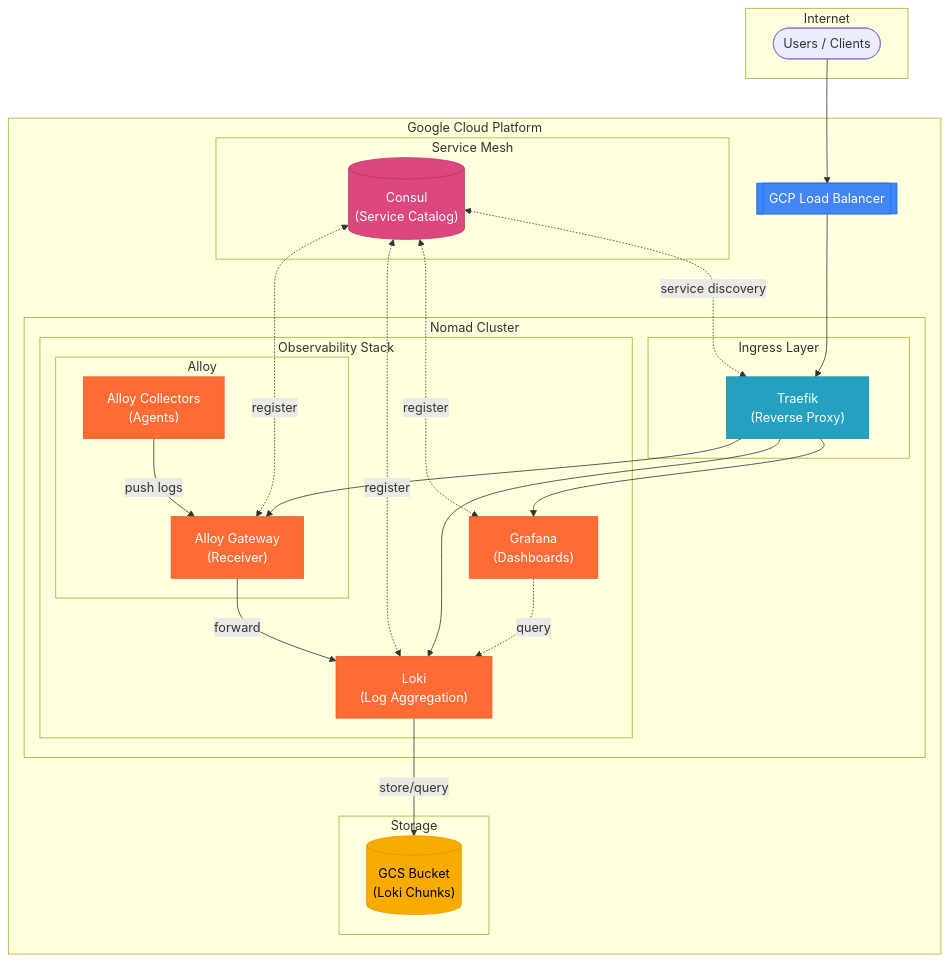
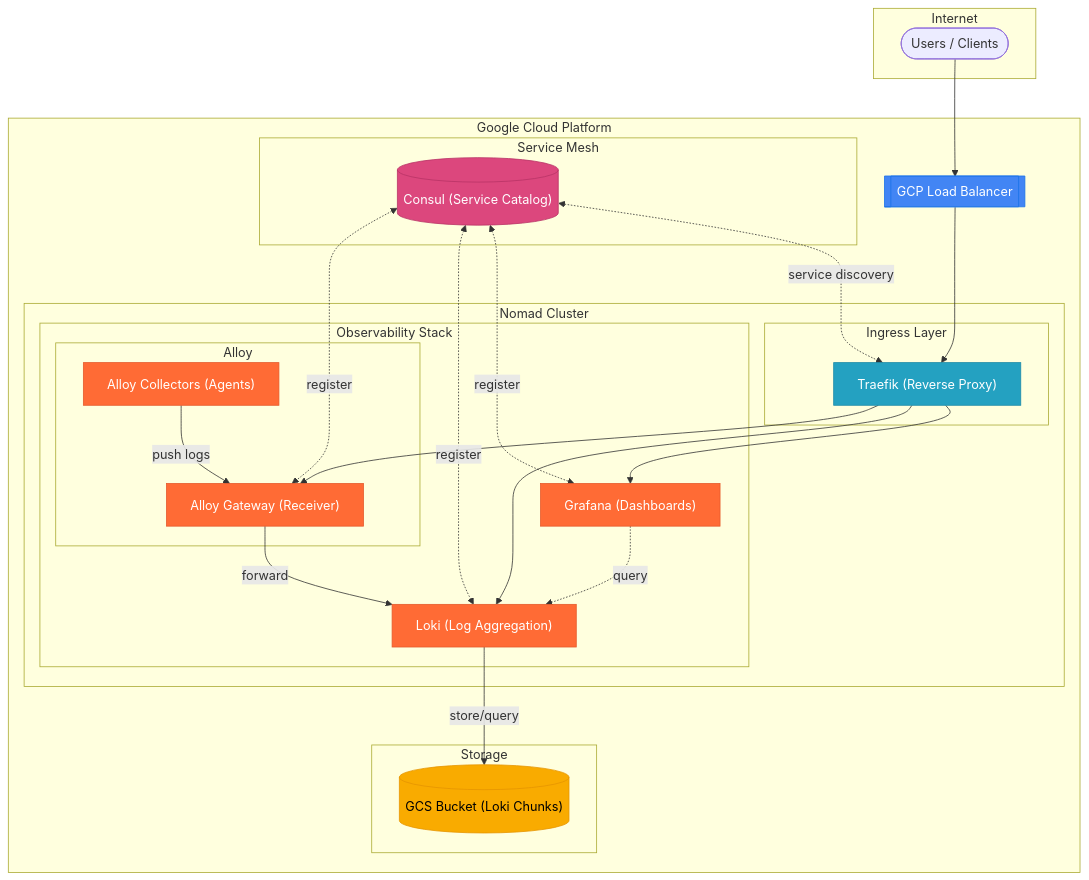
The diagram in observability.md (ChrisAdkin8/terraform-gcp-nomad), drawn with Mermaid before and after one commit.

Commit message:
Update observability.md for improved formatting

````diff
--- a/observability.md
+++ b/observability.md
@@ -5,73 +5,73 @@
 ```mermaid
 flowchart TB
     subgraph Internet
         users([Users / Clients])
     end
 
     subgraph GCP["Google Cloud Platform"]
         lb[["GCP Load Balancer"]]
         
         subgraph nomad["Nomad Cluster"]
             subgraph ingress["Ingress Layer"]
-                traefik["Traefik\n(Reverse Proxy)"]
+                traefik["Traefik (Reverse Proxy)"]
             end
             
             subgraph observability["Observability Stack"]
-                grafana["Grafana\n(Dashboards)"]
-                loki["Loki\n(Log Aggregation)"]
+                grafana["Grafana (Dashboards)"]
+                loki["Loki (Log Aggregation)"]
                 
                 subgraph alloy_stack["Alloy"]
-                    alloy_gw["Alloy Gateway\n(Receiver)"]
-                    alloy_collectors["Alloy Collectors\n(Agents)"]
+                    alloy_gw["Alloy Gateway (Receiver)"]
+                    alloy_collectors["Alloy Collectors (Agents)"]
                 end
             end
         end
         
         subgraph consul_cluster["Service Mesh"]
-            consul[("Consul\n(Service Catalog)")]
+            consul[("Consul (Service Catalog)")]
         end
         
         subgraph storage["Storage"]
-            gcs[("GCS Bucket\n(Loki Chunks)")]
+            gcs[("GCS Bucket (Loki Chunks)")]
         end
     end
 
     %% Traffic flow
     users --> lb
     lb --> traefik
     
     %% Traefik routing to services
     traefik --> grafana
     traefik --> loki
     traefik --> alloy_gw
     
     %% Consul service discovery
     consul <-.->|service discovery| traefik
     consul <-.->|register| grafana
     consul <-.->|register| loki
     consul <-.->|register| alloy_gw
     
     %% Alloy data flow
     alloy_collectors -->|push logs| alloy_gw
     alloy_gw -->|forward| loki
     
     %% Loki storage
     loki -->|store/query| gcs
     
     %% Grafana queries
     grafana -.->|query| loki
 
     %% Styling
     classDef gcp fill:#4285f4,stroke:#1a73e8,color:#fff
     classDef nomad fill:#00ca8e,stroke:#00a876,color:#fff
     classDef consul fill:#dc477d,stroke:#b93366,color:#fff
     classDef storage fill:#f9ab00,stroke:#e69500,color:#000
     classDef traefik fill:#24a1c1,stroke:#1d8aa8,color:#fff
     classDef observability fill:#ff6b35,stroke:#e55a2b,color:#fff
     
     class lb gcp
     class traefik traefik
     class consul consul
     class gcs storage
     class grafana,loki,alloy_gw,alloy_collectors observability
 ```
````
